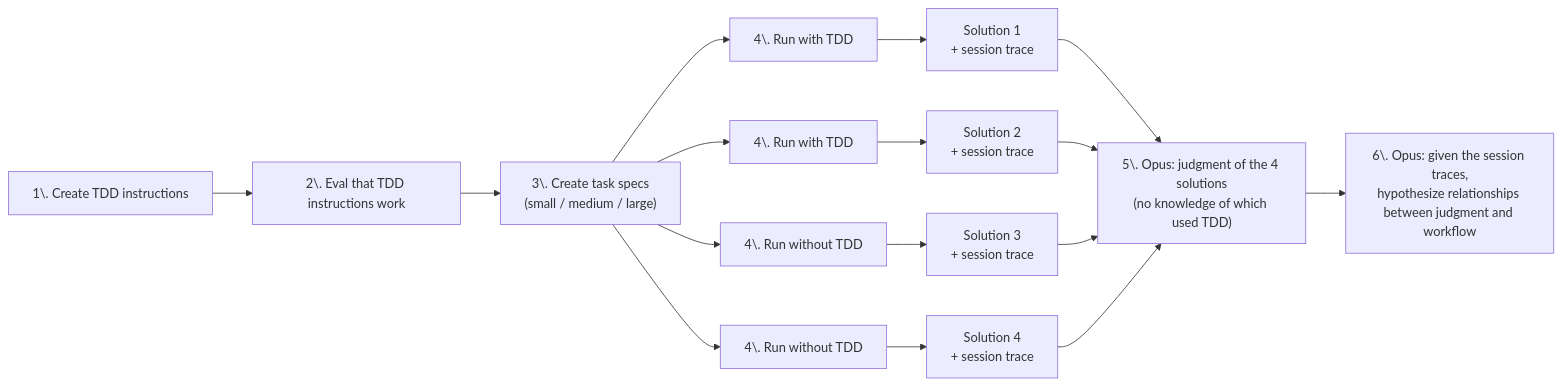
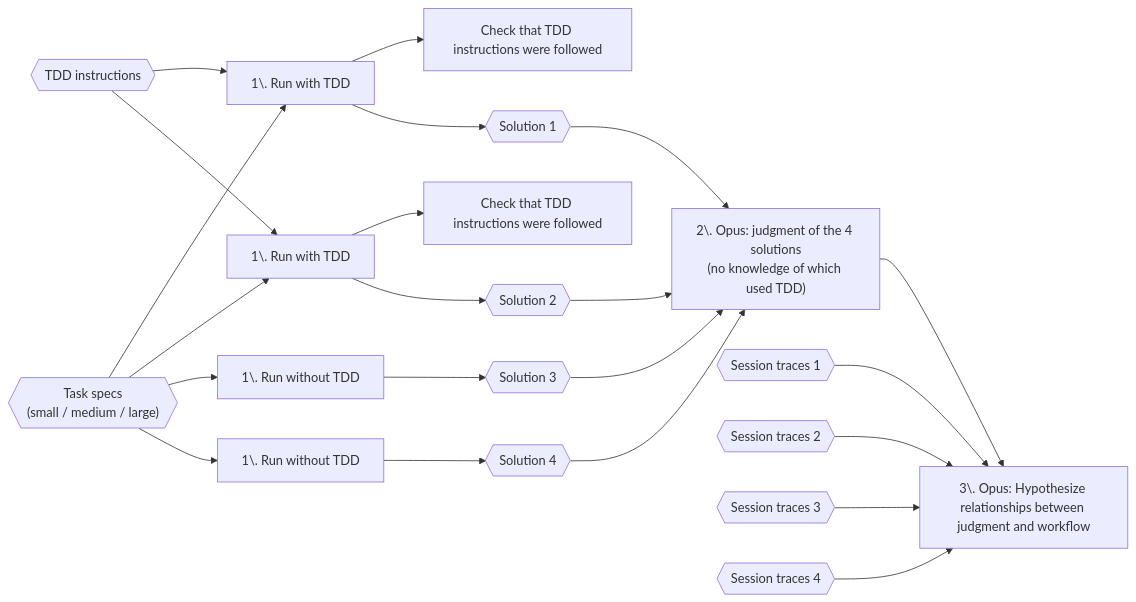
Before and after one commit to thedataengineer/tdd-comparisons-karteek: the diagram in README.md, drawn with Mermaid.

Commit message:
Improve flow chart

````diff
--- a/README.md
+++ b/README.md
@@ -24,27 +24,36 @@
 ```mermaid
 
 flowchart LR
 
-TDD["1\. Create TDD instructions"]
-TDD --> TDDEv["2\. Eval that TDD instructions work"]
+TDD{{"TDD instructions"}}
 
-Task["3\. Create task specs<br/>(small / medium / large)"]
+Task{{"Task specs<br/>(small / medium / large)"}}
 
-TDDEv --> Task
+Task --> R1["1\. Run with TDD"]
+TDD --> R1
+R1 --> RCheck1["Check that TDD instructions were followed"]
 
-Task --> R1["4\. Run with TDD"]
-Task --> R2["4\. Run with TDD"]
-Task --> R3["4\. Run without TDD"]
-Task --> R4["4\. Run without TDD"]  
+Task --> R2["1\. Run with TDD"]
+TDD --> R2
+R2 --> RCheck2["Check that TDD instructions were followed"]
 
-R1 --> S1["Solution 1<br/>+ session trace"]
-R2 --> S2["Solution 2<br/>+ session trace"]
-R3 --> S3["Solution 3<br/>+ session trace"]
-R4 --> S4["Solution 4<br/>+ session trace"]
+Task --> R3["1\. Run without TDD"]
+Task --> R4["1\. Run without TDD"]  
 
-S1 & S2 & S3 & S4 --> Rank["5\. Opus: judgment of the 4 solutions<br/>(no knowledge of which used TDD)"]
-
-Rank --> Hyp["6\. Opus: given the session traces,<br/>hypothesize relationships between judgment and workflow"]
+R1 --> S1{{"Solution 1"}}
+R2 --> S2{{"Solution 2"}}
+R3 --> S3{{"Solution 3"}}
+R4 --> S4{{"Solution 4"}}
 
 
+
+S1 & S2 & S3 & S4 --> Rank["2\. Opus: judgment of the 4 solutions<br/>(no knowledge of which used TDD)"]
+
+Rank --> Hyp["3\. Opus: Hypothesize relationships between judgment and workflow"]
+
+ST1{{Session traces 1}} --> Hyp
+ST2{{Session traces 2}} --> Hyp
+ST3{{Session traces 3}} --> Hyp
+ST4{{Session traces 4}} --> Hyp
+
 ```
````
